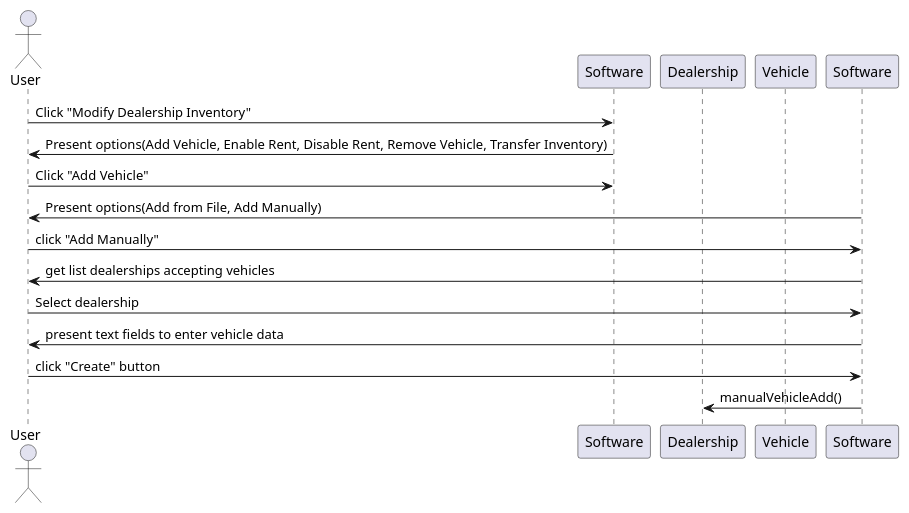
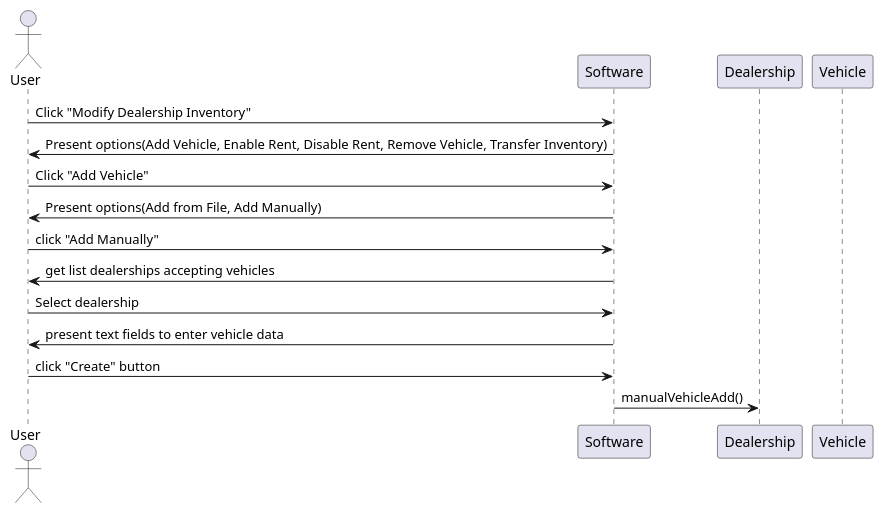
Before and after one commit to masonday1/DealershipProject: the diagram in UMLdiagrams/AddVehicleManualSequenceDiagram.puml, drawn with PlantUML. The commit also changed 6 other files, not shown here.

Commit message:
Updated sequence diagrams and requirements. They still need to be worked on.

```diff
--- a/UMLdiagrams/AddVehicleManualSequenceDiagram.puml
+++ b/UMLdiagrams/AddVehicleManualSequenceDiagram.puml
@@ -1,32 +1,32 @@
 @startuml
 
 actor User
 participant "Software" as System
 participant "Dealership" as Dealership
 participant "Vehicle" as Vehicle
 
 
 User -> System: Click "Modify Dealership Inventory"
 System -> User: Present options(Add Vehicle, Enable Rent, Disable Rent, Remove Vehicle, Transfer Inventory)
 
 User -> System: Click "Add Vehicle"
-Software -> User: Present options(Add from File, Add Manually)
-User -> Software: click "Add Manually"
+System -> User: Present options(Add from File, Add Manually)
+User -> System: click "Add Manually"
 
-Software -> User: get list dealerships accepting vehicles
-User -> Software: Select dealership
+System -> User: get list dealerships accepting vehicles
+User -> System: Select dealership
 
-Software -> User: present text fields to enter vehicle data
-User -> Software: click "Create" button
-Software -> Dealership: manualVehicleAdd()
+System -> User: present text fields to enter vehicle data
+User -> System: click "Create" button
+System -> Dealership: manualVehicleAdd()
 
 
 
 
 
 
 
 
 
 
 @enduml
```
